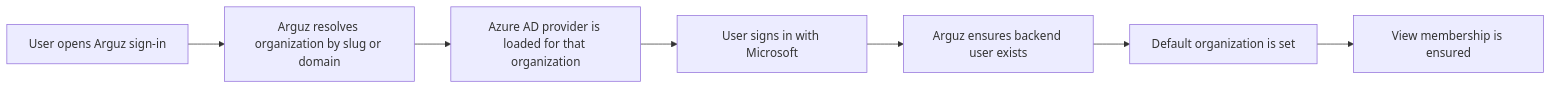
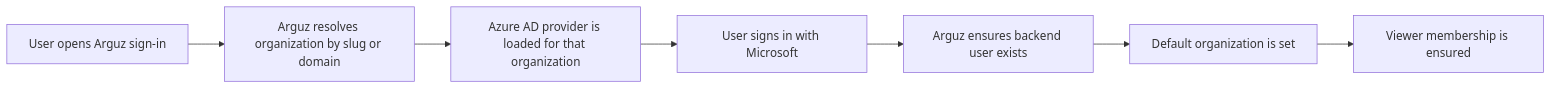
One commit to Arguz-Labs/Arguz-Docs changed the diagram in docs/integrations/azure-ad.md. Above: the diagram before and after it, drawn with Mermaid. The commit also changed other lines of this file and 5 other files, not shown here.

````diff
--- a/docs/integrations/azure-ad.md
+++ b/docs/integrations/azure-ad.md
@@ -45,12 +45,12 @@
 ```mermaid
 flowchart LR
     A[User opens Arguz sign-in]
     B[Arguz resolves organization by slug or domain]
     C[Azure AD provider is loaded for that organization]
     D[User signs in with Microsoft]
     E[Arguz ensures backend user exists]
     F[Default organization is set]
-    G[View membership is ensured]
+    G[Viewer membership is ensured]
 
     A --> B --> C --> D --> E --> F --> G
 ```
````
